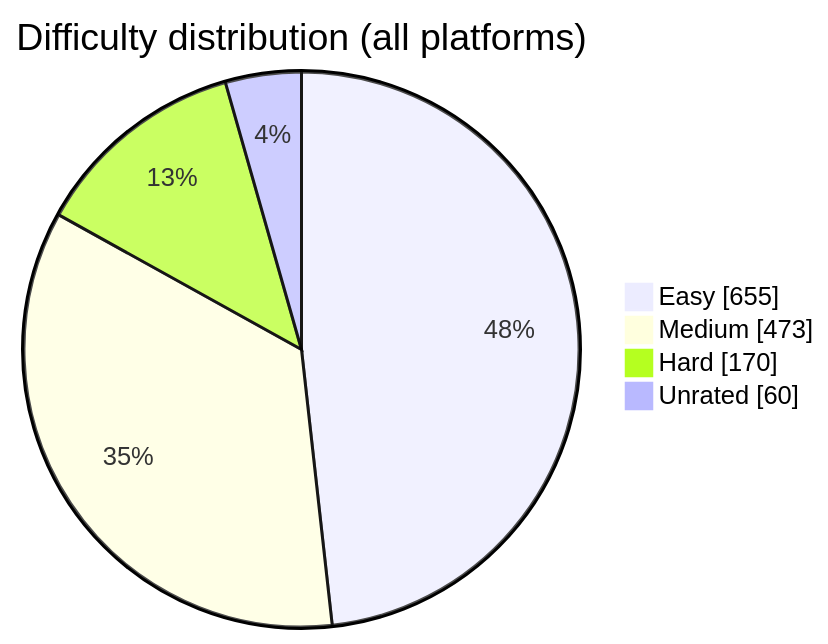
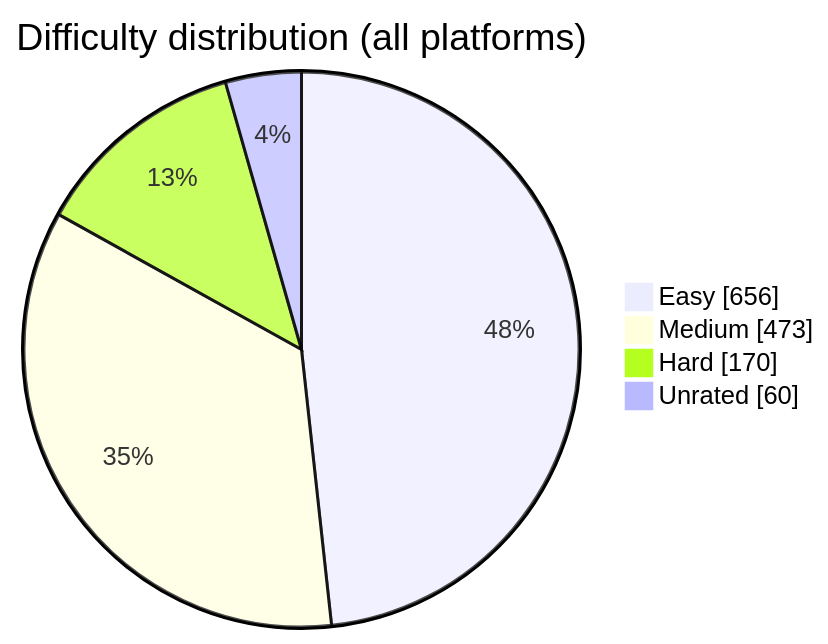
One commit to BuildbyArindam/Daily-Coding-Log changed the diagram in README.md. Above: the diagram before and after it, drawn with Mermaid. The commit also changed other lines of this file, not shown here.

````diff
--- a/README.md
+++ b/README.md
@@ -93,7 +93,7 @@
 ```mermaid
 pie showData title Difficulty distribution (all platforms)
-    "Easy" : 655
+    "Easy" : 656
     "Medium" : 473
     "Hard" : 170
     "Unrated" : 60
 ```
````
